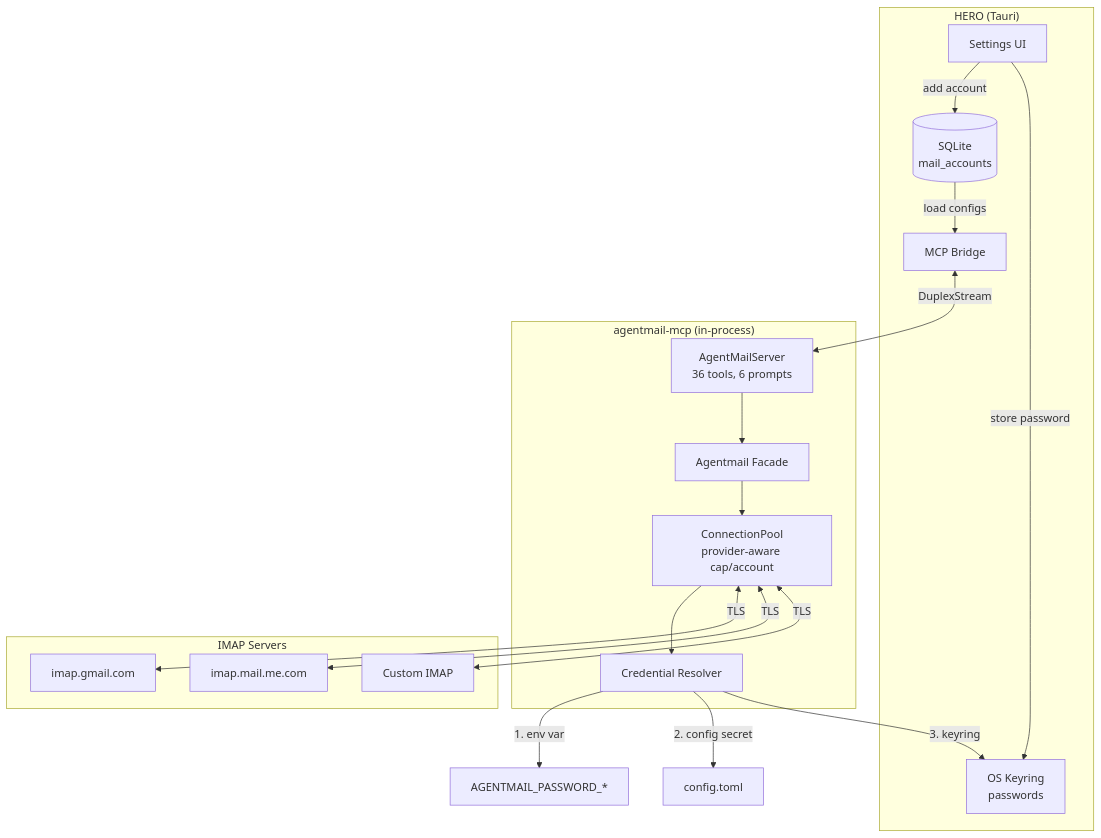
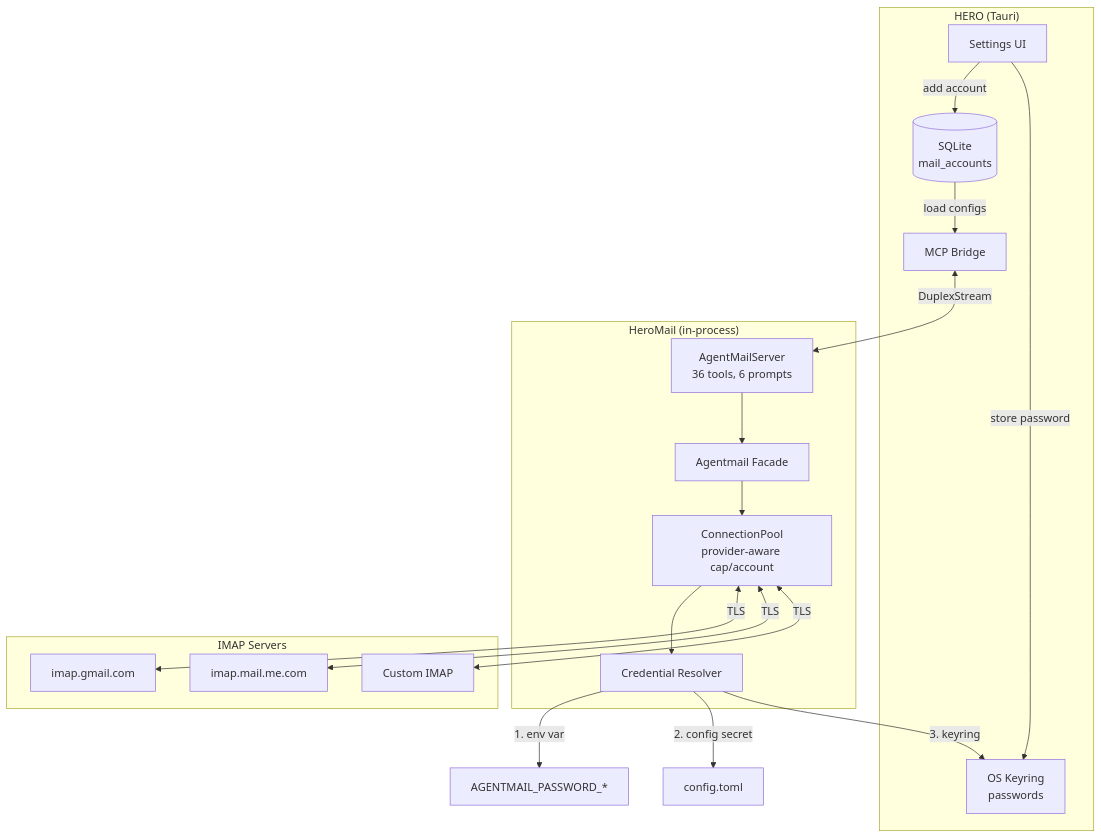
Before and after one commit to Weekendsuperhero-io/agentmail: the first of 4 diagrams in DESIGN.md, drawn with Mermaid. The commit also changed other lines of this file and 42 other files, not shown here.

Commit message:
Prepare HeroMail 1.0.0 release (#29)

````diff
--- a/DESIGN.md
+++ b/DESIGN.md
@@ -13,36 +13,36 @@
 ```mermaid
 graph TB
     subgraph "HERO (Tauri)"
         UI[Settings UI]
         DB[(SQLite<br/>mail_accounts)]
         KR[OS Keyring<br/>passwords]
         GW[MCP Bridge]
     end
 
-    subgraph "agentmail-mcp (in-process)"
+    subgraph "HeroMail (in-process)"
         MCP[AgentMailServer<br/>36 tools, 6 prompts]
         MK[Agentmail Facade]
         POOL[ConnectionPool<br/>provider-aware cap/account]
         CRED[Credential Resolver]
     end
 
     subgraph "IMAP Servers"
         GMAIL[imap.gmail.com]
         ICLOUD[imap.mail.me.com]
         CUSTOM[Custom IMAP]
     end
 
     UI -->|add account| DB
     UI -->|store password| KR
     DB -->|load configs| GW
     GW <-->|DuplexStream| MCP
     MCP --> MK
     MK --> POOL
     POOL --> CRED
     CRED -->|1. env var| ENV[AGENTMAIL_PASSWORD_*]
     CRED -->|2. config secret| CFG[config.toml]
     CRED -->|3. keyring| KR
     POOL <-->|TLS| GMAIL
     POOL <-->|TLS| ICLOUD
     POOL <-->|TLS| CUSTOM
 ```
````
